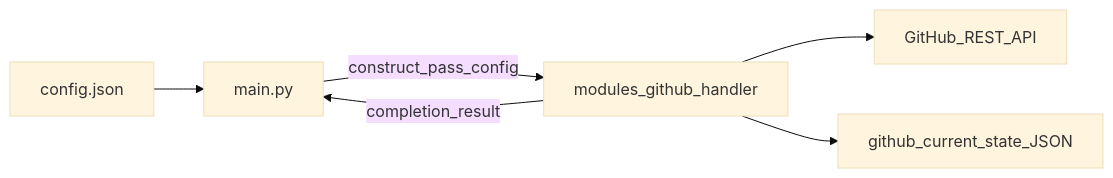
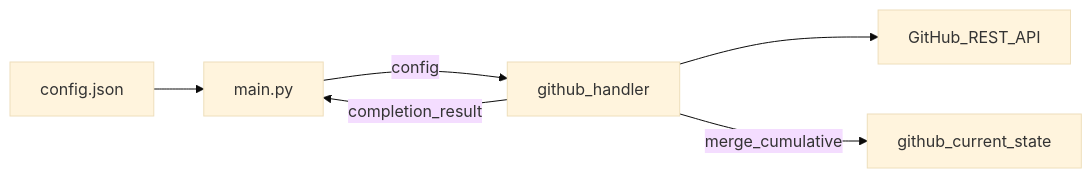
One commit to wolodkin/github_repo_report changed the first of 2 diagrams in project_plan.md. Above: the diagram before and after it, drawn with Mermaid (base theme). The commit also changed other lines of this file and 9 other files, not shown here.

````diff
--- a/project_plan.md
+++ b/project_plan.md
@@ -64,13 +102,13 @@
 ```mermaid
 flowchart LR
   main[main.py]
-  handler[modules_github_handler]
+  handler[github_handler]
   config[config.json]
   api[GitHub_REST_API]
-  disk[github_current_state_JSON]
-  main -->|construct_pass_config| handler
+  disk[github_current_state]
+  main -->|config| handler
   config --> main
   handler --> api
-  handler --> disk
+  handler -->|merge_cumulative| disk
   handler -->|completion_result| main
 ```
````
